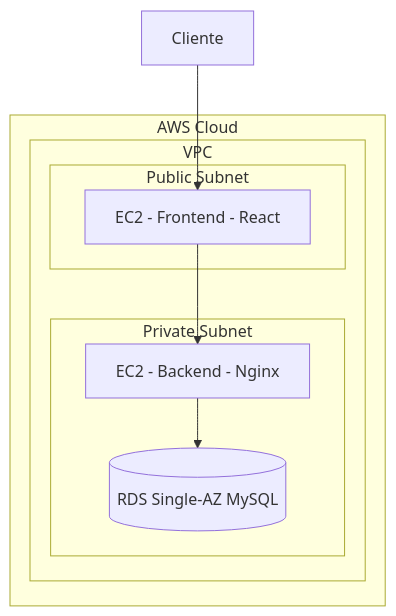
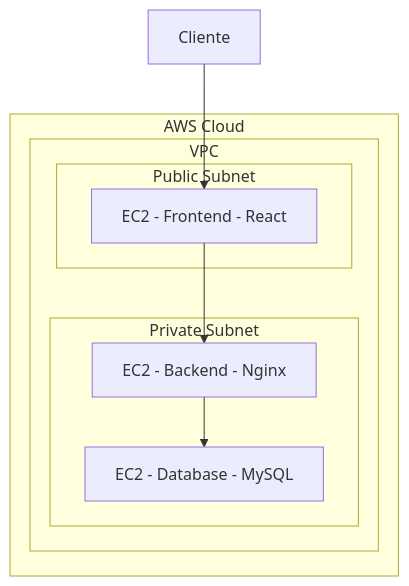
The second of 3 diagrams in README.md (ninasants/pjfinal_kubernets_AWS), drawn with Mermaid before and after one commit. The commit also changed other lines of this file, not shown here.

````diff
--- a/README.md
+++ b/README.md
@@ -43,19 +43,19 @@
 ```mermaid
 flowchart TD
     subgraph "AWS Cloud"
         subgraph "VPC"
             subgraph "Public Subnet"
                 EC2_FE[EC2 - Frontend - React]
             end
             
             subgraph "Private Subnet"
                 EC2_BE[EC2 - Backend - Nginx]
-                RDS[(RDS Single-AZ MySQL)]
+                EC2_DB[EC2 - Database - MySQL]
             end
         end        
     end
     
     CLIENT[Cliente] --> EC2_FE
     EC2_FE --> EC2_BE
-    EC2_BE --> RDS
+    EC2_BE --> EC2_DB
 ```
````
